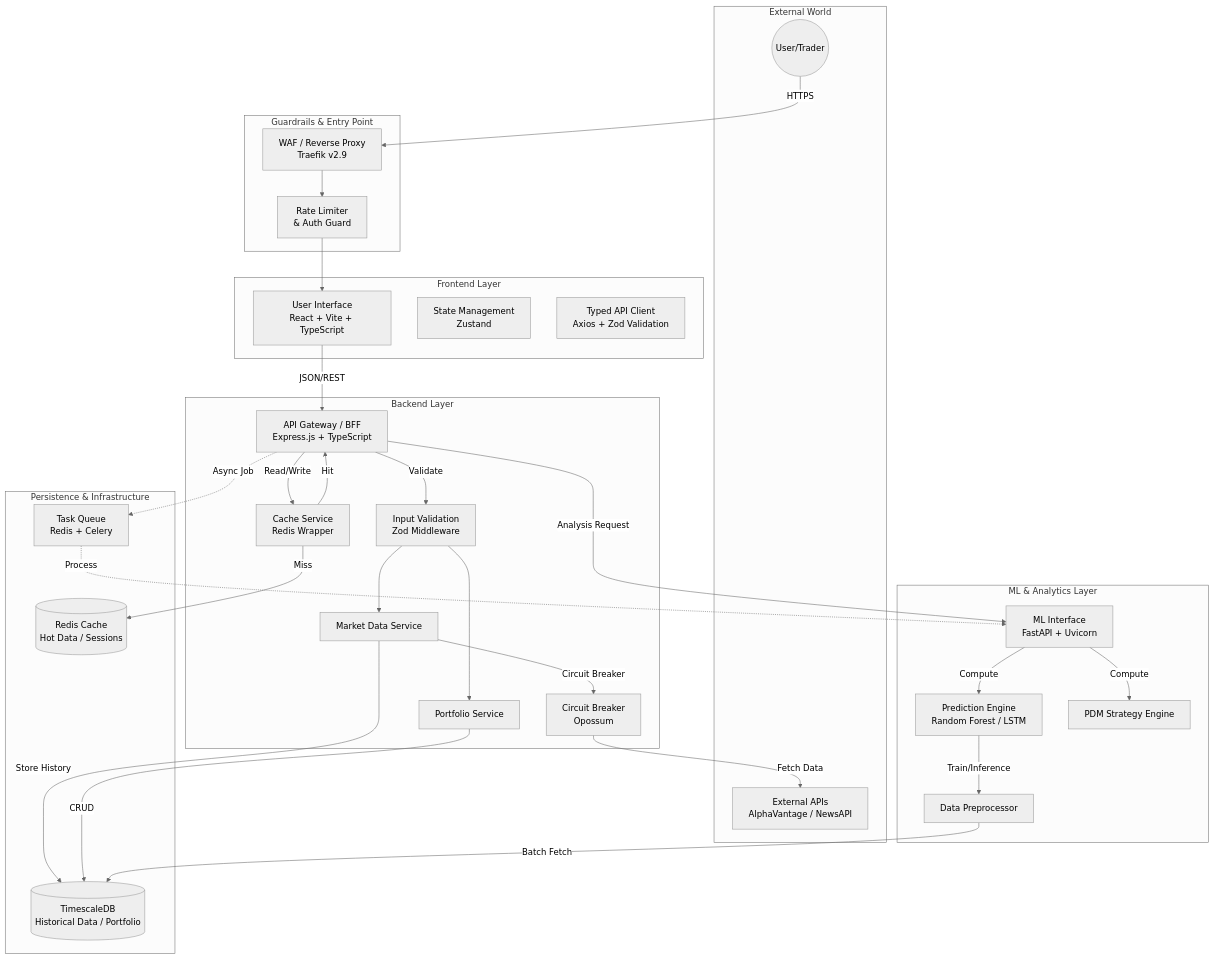
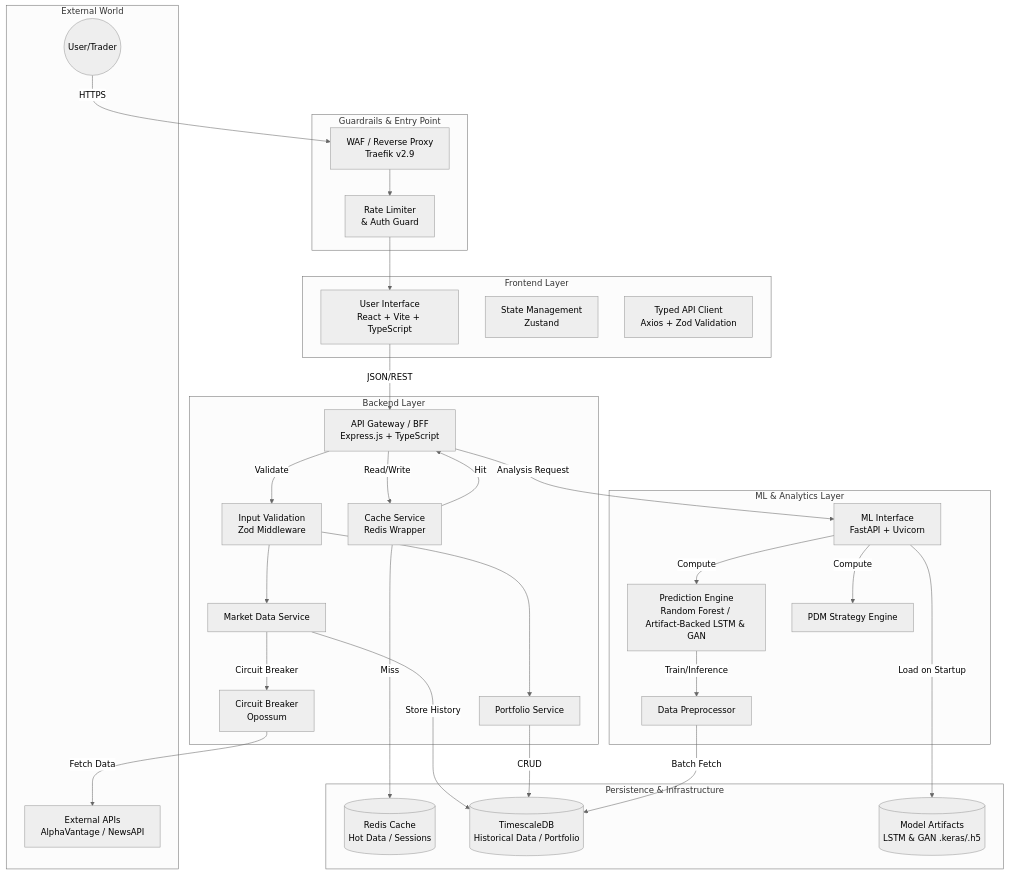
The first of 2 diagrams in ARCHITECTURE.md (aaron-seq/Roneira-AI-HIFI), drawn with Mermaid (neutral theme) before and after one commit. The commit also changed other lines of this file and 12 other files, not shown here.

First line of the commit message:
docs: update architecture diagram and ml code comments (#37)

````diff
--- a/ARCHITECTURE.md
+++ b/ARCHITECTURE.md
@@ -13,65 +13,64 @@
 ```mermaid
 graph TD
     subgraph "External World"
         User((User/Trader))
         ExtAPI[External APIs<br/>AlphaVantage / NewsAPI]
     end
 
     subgraph "Guardrails & Entry Point"
         WAF[WAF / Reverse Proxy<br/>Traefik v2.9]
         RateLimit[Rate Limiter<br/>& Auth Guard]
     end
 
     subgraph "Frontend Layer"
         UI[User Interface<br/>React + Vite + TypeScript]
         State[State Management<br/>Zustand]
         APIClient[Typed API Client<br/>Axios + Zod Validation]
     end
 
     subgraph "Backend Layer"
         APIGateway[API Gateway / BFF<br/>Express.js + TypeScript]
         Validation[Input Validation<br/>Zod Middleware]
         CacheService[Cache Service<br/>Redis Wrapper]
         PortfolioSvc[Portfolio Service]
         MarketSvc[Market Data Service]
         CircuitBreaker[Circuit Breaker<br/>Opossum]
     end
 
     subgraph "ML & Analytics Layer"
         MLAPI[ML Interface<br/>FastAPI + Uvicorn]
-        PredEngine[Prediction Engine<br/>Random Forest / LSTM]
+        PredEngine[Prediction Engine<br/>Random Forest / Artifact-Backed LSTM & GAN]
         PDMEngine[PDM Strategy Engine]
         DataProc[Data Preprocessor]
     end
 
     subgraph "Persistence & Infrastructure"
         Redis[(Redis Cache<br/>Hot Data / Sessions)]
         TimescaleDB[(TimescaleDB<br/>Historical Data / Portfolio)]
-        AsyncQueue[Task Queue<br/>Redis + Celery]
+        ModelArtifacts[(Model Artifacts<br/>LSTM & GAN .keras/.h5)]
     end
 
     User -->|HTTPS| WAF
     WAF --> RateLimit
     RateLimit --> UI
     UI -->|JSON/REST| APIGateway
     
     APIGateway -->|Read/Write| CacheService
     CacheService -->|Hit| APIGateway
     CacheService -->|Miss| Redis
     
     APIGateway -->|Validate| Validation
     Validation --> PortfolioSvc & MarketSvc
     
     MarketSvc -->|Circuit Breaker| CircuitBreaker
     CircuitBreaker -->|Fetch Data| ExtAPI
     MarketSvc -->|Store History| TimescaleDB
     PortfolioSvc -->|CRUD| TimescaleDB
     
     APIGateway -->|Analysis Request| MLAPI
     MLAPI -->|Compute| PredEngine & PDMEngine
     PredEngine -->|Train/Inference| DataProc
     DataProc -->|Batch Fetch| TimescaleDB
     
-    APIGateway -.->|Async Job| AsyncQueue
-    AsyncQueue -.->|Process| MLAPI
+    MLAPI -->|Load on Startup| ModelArtifacts
 ```
````
